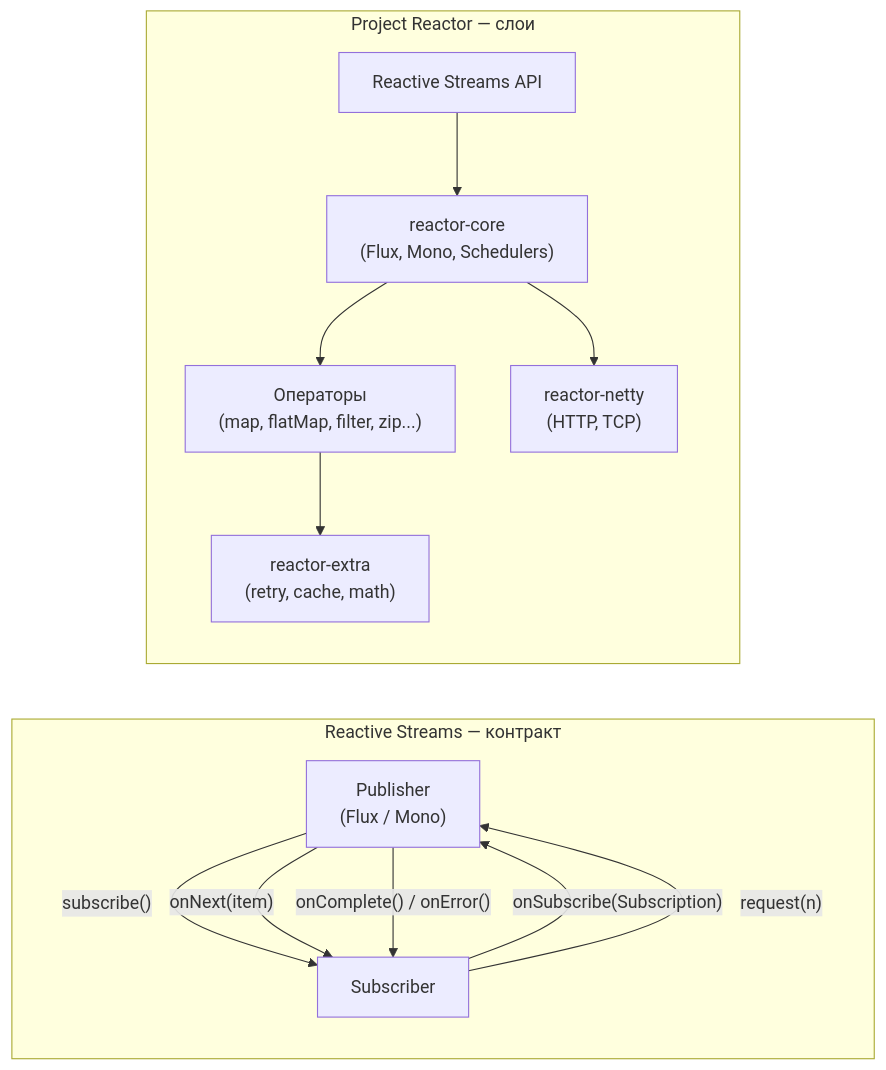
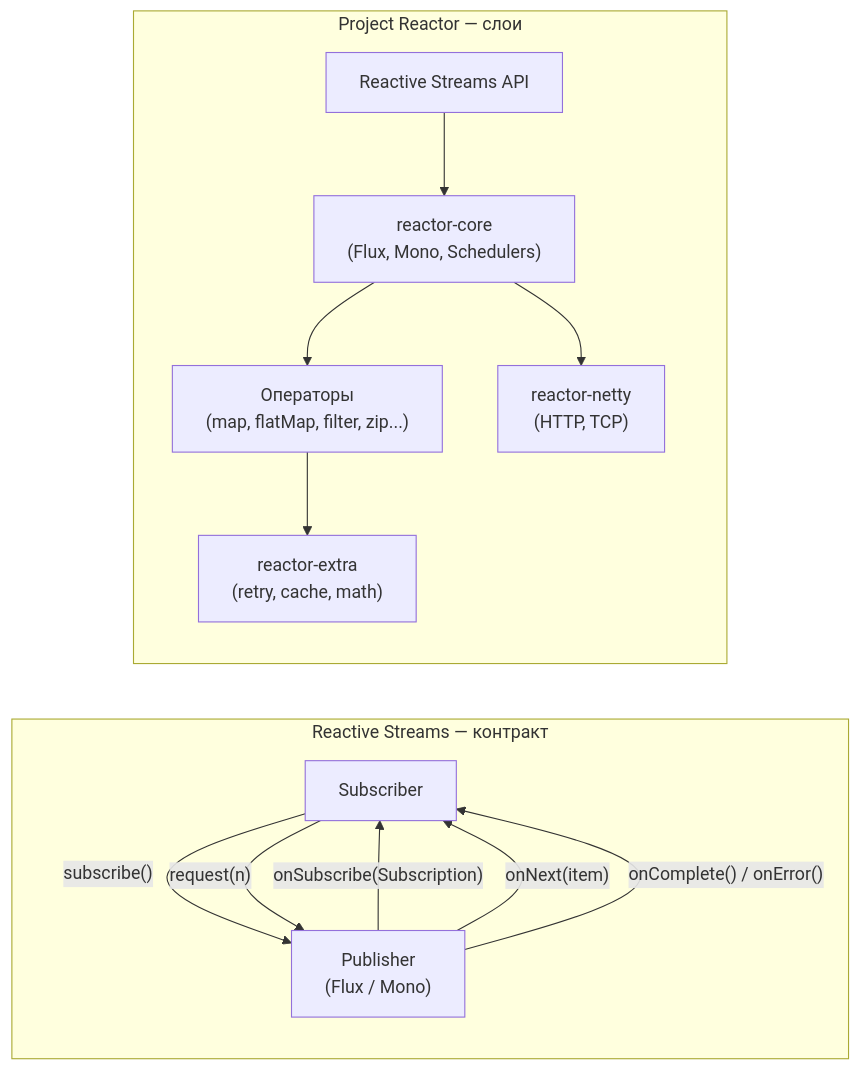
Before and after one commit to akeverus/cheat-sheet: the first of 7 diagrams in cheatsheets/interview/frameworks/spring/spring-webflux-interview.md, drawn with Mermaid. The commit also changed other lines of this file and 154 other files, not shown here.

````diff
--- a/cheatsheets/interview/frameworks/spring/spring-webflux-interview.md
+++ b/cheatsheets/interview/frameworks/spring/spring-webflux-interview.md
@@ -135,17 +135,17 @@
 ```mermaid
 graph LR
     subgraph "Reactive Streams — контракт"
-        PUB["Publisher<br/>(Flux / Mono)"] -->|"subscribe()"| SUB["Subscriber"]
-        SUB -->|"onSubscribe(Subscription)"| PUB
+        SUB["Subscriber"] -->|"subscribe()"| PUB["Publisher<br/>(Flux / Mono)"]
+        PUB -->|"onSubscribe(Subscription)"| SUB
         SUB -->|"request(n)"| PUB
         PUB -->|"onNext(item)"| SUB
         PUB -->|"onComplete() / onError()"| SUB
     end
 
     subgraph "Project Reactor — слои"
         RS["Reactive Streams API"] --> CORE["reactor-core<br/>(Flux, Mono, Schedulers)"]
         CORE --> OPS["Операторы<br/>(map, flatMap, filter, zip...)"]
         OPS --> EXT["reactor-extra<br/>(retry, cache, math)"]
         CORE --> NETTY["reactor-netty<br/>(HTTP, TCP)"]
     end
 ```
````
